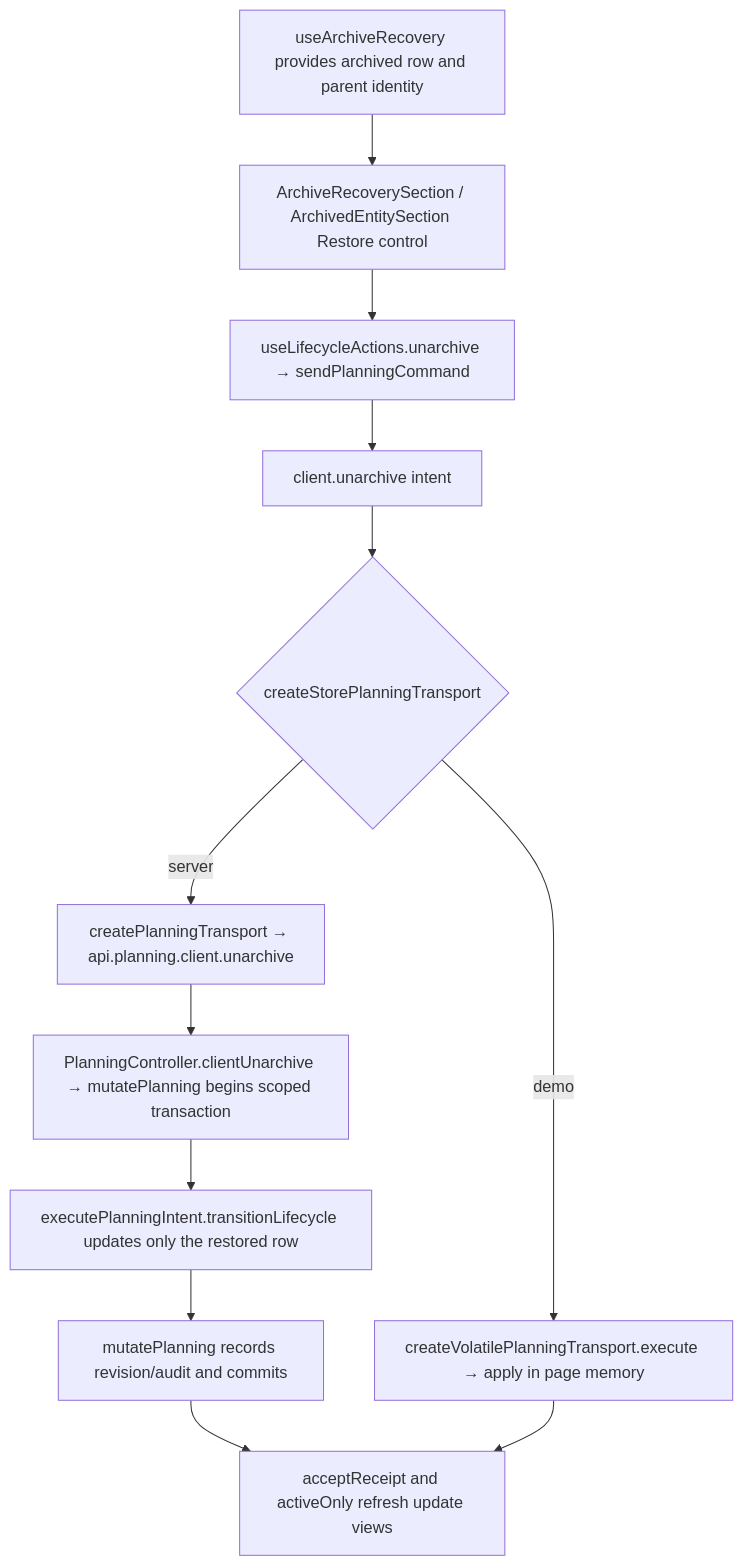
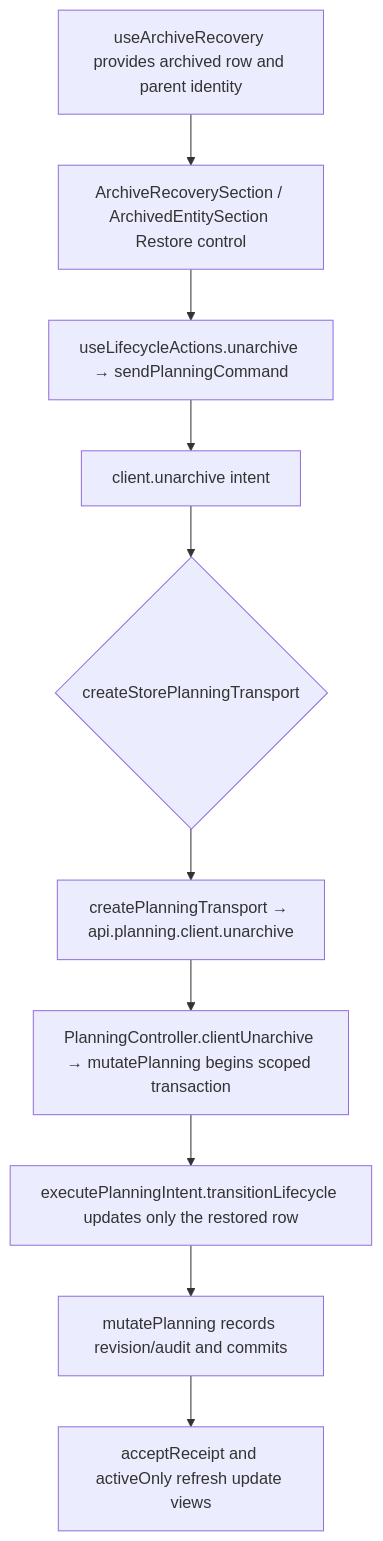
The second of 2 diagrams in user-stories/clients/US-CLI-06-restore-client.md (Kevinjohn/capacitylens), drawn with Mermaid before and after one commit. The commit also changed other lines of this file and 343 other files, not shown here.

Commit message:
feat: use server-owned company planning and a disposable development demo

````diff
--- a/user-stories/clients/US-CLI-06-restore-client.md
+++ b/user-stories/clients/US-CLI-06-restore-client.md
@@ -26,9 +26,8 @@
 ```mermaid
 flowchart TD
   A["useArchiveRecovery provides archived row and parent identity"] --> B["ArchiveRecoverySection / ArchivedEntitySection Restore control"]
   B --> C["useLifecycleActions.unarchive → sendPlanningCommand"] --> D["client.unarchive intent"]
   D --> E{"createStorePlanningTransport"}
-  E -->|server| F["createPlanningTransport → api.planning.client.unarchive"] --> G["PlanningController.clientUnarchive → mutatePlanning begins scoped transaction"]
+  E --> F["createPlanningTransport → api.planning.client.unarchive"] --> G["PlanningController.clientUnarchive → mutatePlanning begins scoped transaction"]
   G --> H["executePlanningIntent.transitionLifecycle updates only the restored row"] --> K["mutatePlanning records revision/audit and commits"] --> J["acceptReceipt and activeOnly refresh update views"]
-  E -->|demo| I["createVolatilePlanningTransport.execute → apply in page memory"] --> J
 ```
````
